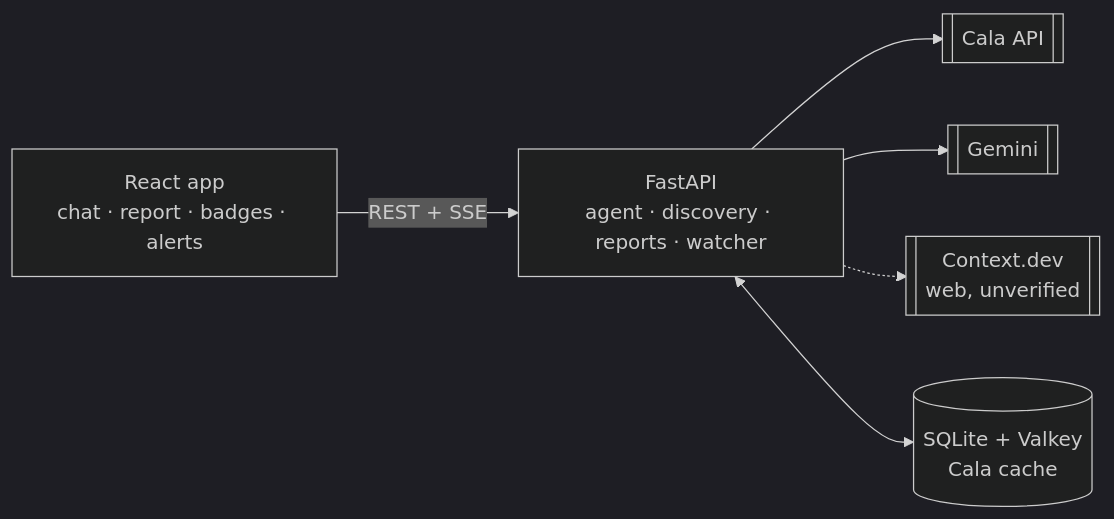
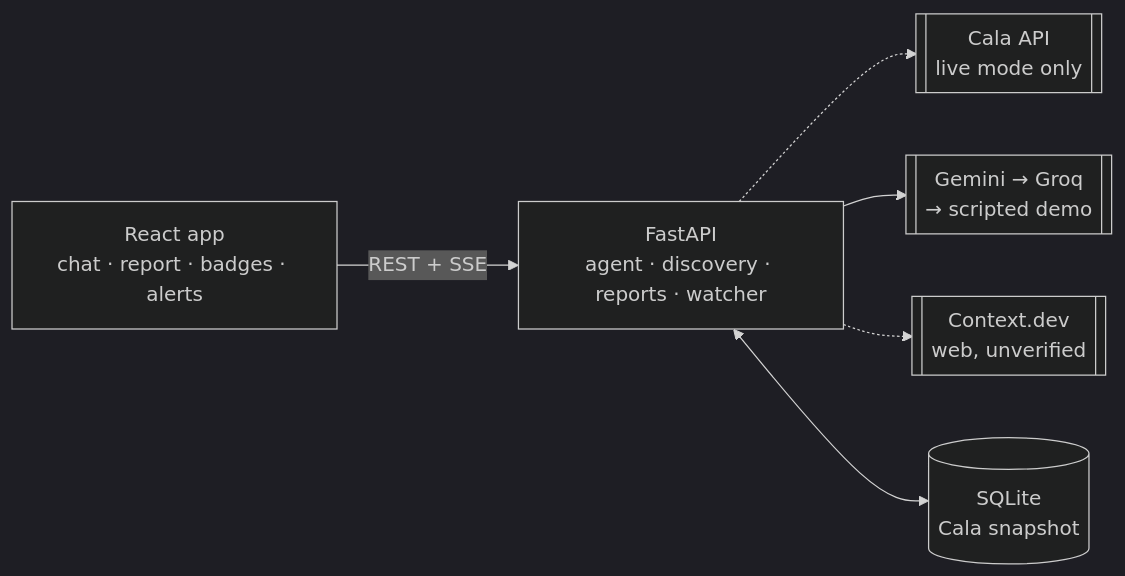
Before and after one commit to JJavierBS/Grabbit: the third of 3 diagrams in README.md, drawn with Mermaid (dark theme). The commit also changed other lines of this file and 3 other files, not shown here.

````diff
--- a/README.md
+++ b/README.md
@@ -139,8 +144,8 @@
 ```mermaid
 flowchart LR
   UI["React app<br/>chat · report · badges · alerts"] -- "REST + SSE" --> API["FastAPI<br/>agent · discovery · reports · watcher"]
-  API --> Cala[["Cala API"]]
-  API --> Gemini[["Gemini"]]
+  API -.-> Cala[["Cala API<br/>live mode only"]]
+  API --> AI[["Gemini → Groq<br/>→ scripted demo"]]
   API -.-> Ctx[["Context.dev<br/>web, unverified"]]
-  API <--> Cache[("SQLite + Valkey<br/>Cala cache")]
+  API <--> Cache[("SQLite<br/>Cala snapshot")]
 ```
````
